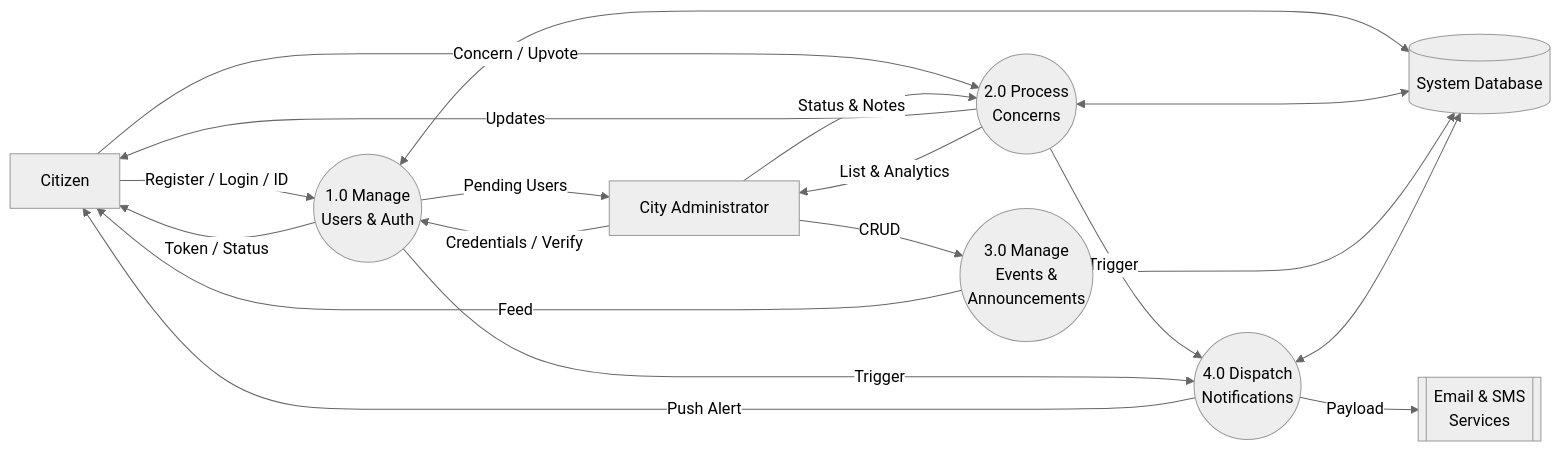
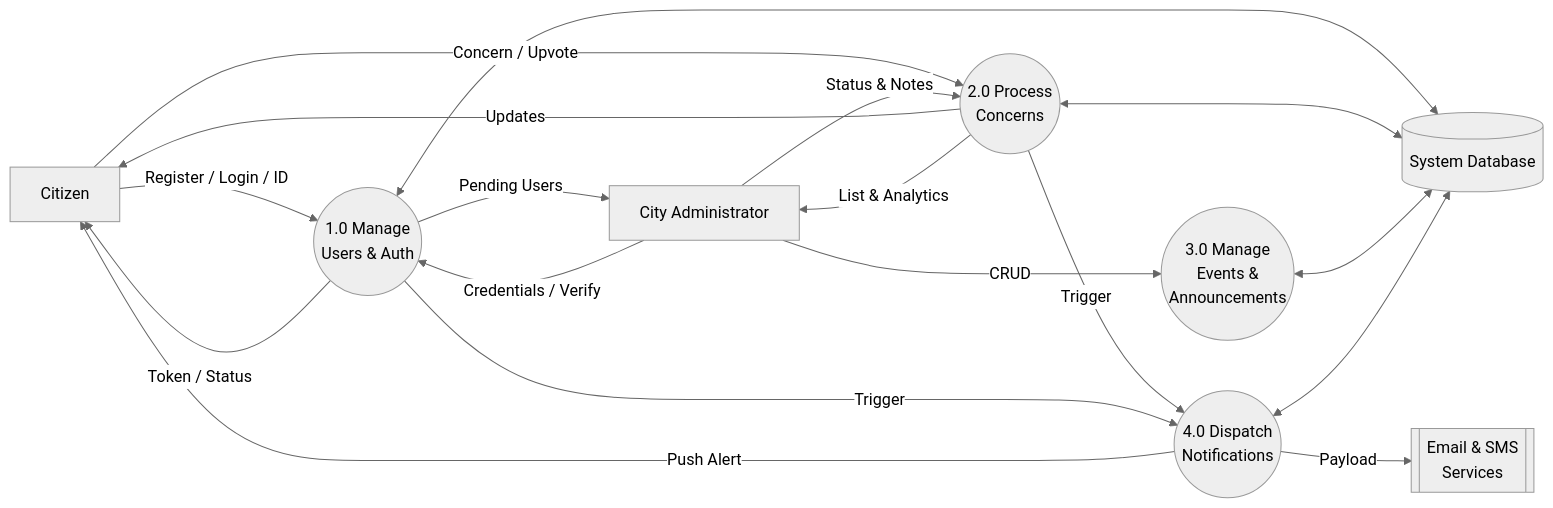
The third of 8 diagrams in diagrams.md (palingubaerwin029-ai/citivoice), drawn with Mermaid (neutral theme) before and after one commit. The commit also changed other lines of this file and 1 other file, not shown here.

Commit message:
Schema: Add concern_templates table and seed data

````diff
--- a/diagrams.md
+++ b/diagrams.md
@@ -175,36 +185,35 @@
 ```mermaid
 flowchart LR
     Citizen[Citizen]
     Admin[City Administrator]
 
     P1(("1.0 Manage<br/>Users & Auth"))
     P2(("2.0 Process<br/>Concerns"))
     P3(("3.0 Manage<br/>Events &<br/>Announcements"))
     P4(("4.0 Dispatch<br/>Notifications"))
 
     DB[(System Database)]
 
     ExtNotif[[Email & SMS<br/>Services]]
 
     Citizen -- "Register / Login / ID" --> P1
     P1 -- "Token / Status" --> Citizen
     Citizen -- "Concern / Upvote" --> P2
     P2 -- "Updates" --> Citizen
-    P3 -- "Feed" --> Citizen
     P4 -- "Push Alert" --> Citizen
 
     Admin -- "Credentials / Verify" --> P1
     P1 -- "Pending Users" --> Admin
     Admin -- "Status & Notes" --> P2
     P2 -- "List & Analytics" --> Admin
     Admin -- "CRUD" --> P3
 
     P1 <--> DB
     P2 <--> DB
     P3 <--> DB
     P4 <--> DB
 
     P2 -- "Trigger" --> P4
     P1 -- "Trigger" --> P4
     P4 -- "Payload" --> ExtNotif
 ```
````
